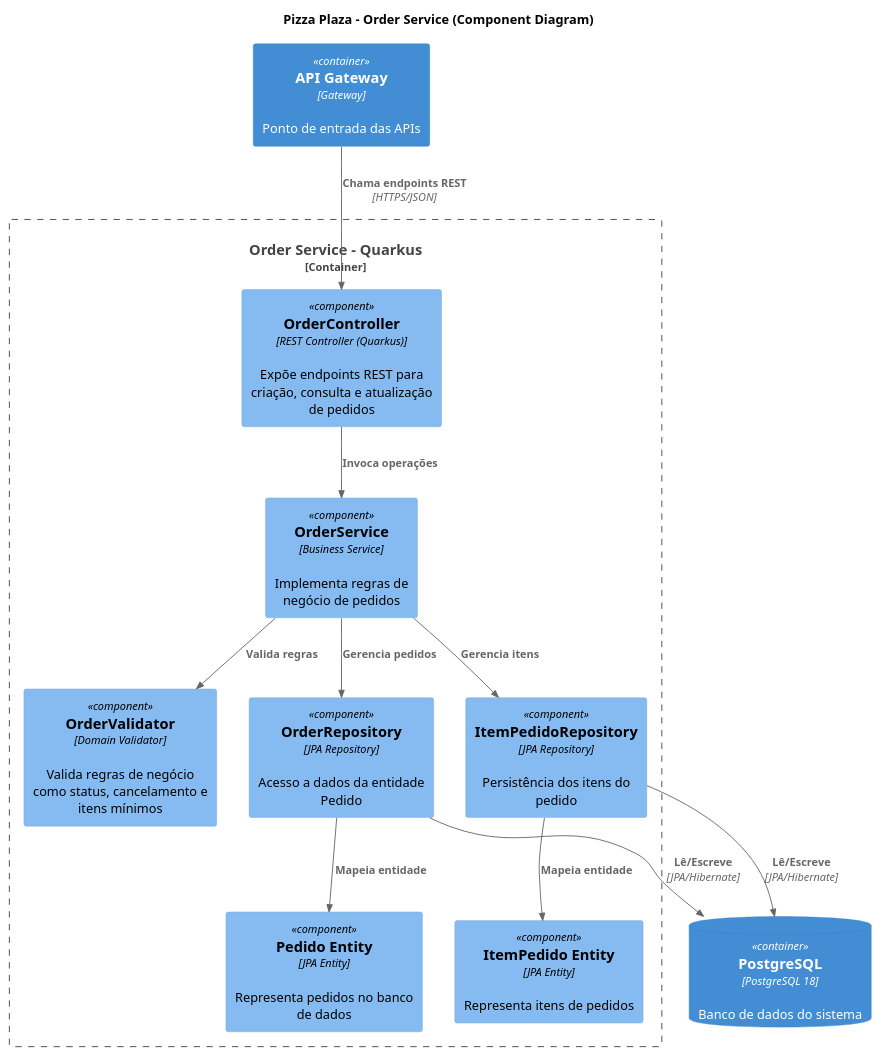
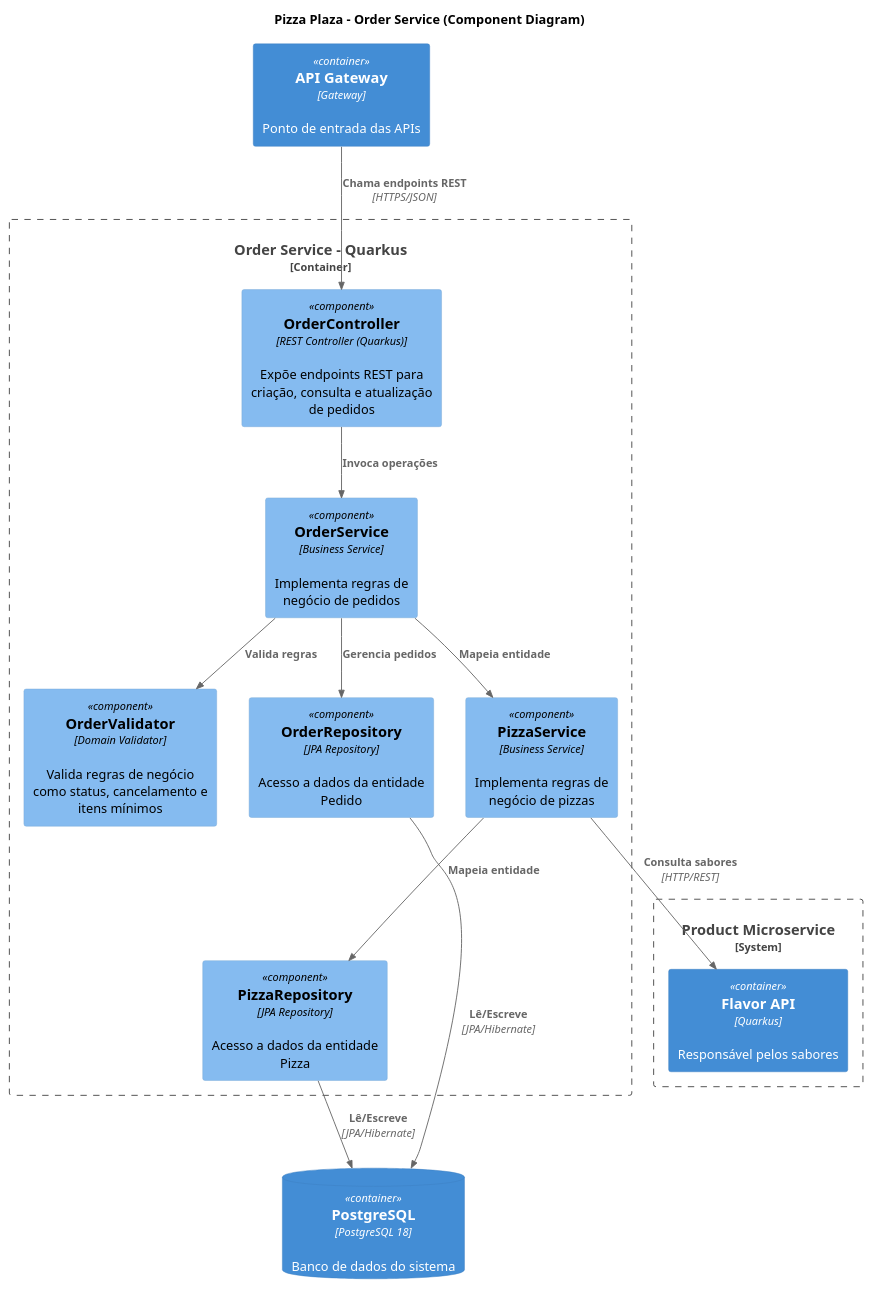
One commit to Luis-Fernando-Pereira/pizzaplaza changed the diagram in docs/c4/Components/c4_components-order_service.puml. Above: the diagram before and after it, drawn with PlantUML.

Commit message:
Atualizado documentação de micro serviço de pedidos

```diff
--- a/docs/c4/Components/c4_components-order_service.puml
+++ b/docs/c4/Components/c4_components-order_service.puml
@@ -1,43 +1,45 @@
 @startuml C4_Component_OrderService
 !include https://raw.githubusercontent.com/plantuml-stdlib/C4-PlantUML/master/C4_Component.puml
 
 title Pizza Plaza - Order Service (Component Diagram)
 
 Container(api_gateway, "API Gateway", "Gateway", "Ponto de entrada das APIs")
 
-Container_Boundary(order_service, "Order Service - Quarkus") {
+Container_Boundary(order, "Order Service - Quarkus") {
 
     Component(order_controller, "OrderController", "REST Controller (Quarkus)","Expõe endpoints REST para criação, consulta e atualização de pedidos")
 
-    Component(order_service_core, "OrderService", "Business Service","Implementa regras de negócio de pedidos")
+    Component(order_service, "OrderService", "Business Service", "Implementa regras de negócio de pedidos")
 
     Component(order_validator, "OrderValidator", "Domain Validator","Valida regras de negócio como status, cancelamento e itens mínimos")
 
     Component(order_repository, "OrderRepository", "JPA Repository","Acesso a dados da entidade Pedido")
 
-    Component(item_repository, "ItemPedidoRepository", "JPA Repository","Persistência dos itens do pedido")
+    Component(pizza_repository, "PizzaRepository", "JPA Repository","Acesso a dados da entidade Pizza")
 
-    Component(order_entity, "Pedido Entity", "JPA Entity","Representa pedidos no banco de dados")
+    Component(pizza_service, "PizzaService", "Business Service","Implementa regras de negócio de pizzas")
+}
 
-    Component(item_entity, "ItemPedido Entity", "JPA Entity","Representa itens de pedidos")
-
+System_Boundary(product_service, "Product Microservice") {
+    Container(flavor_api, "Flavor API", "Quarkus", "Responsável pelos sabores")
 }
 
 ContainerDb(database, "PostgreSQL", "PostgreSQL 18", "Banco de dados do sistema")
 
 Rel(api_gateway, order_controller, "Chama endpoints REST", "HTTPS/JSON")
 
-Rel(order_controller, order_service_core, "Invoca operações")
+Rel(order_controller, order_service, "Invoca operações")
 
-Rel(order_service_core, order_validator, "Valida regras")
+Rel(order_service, order_validator, "Valida regras")
 
-Rel(order_service_core, order_repository, "Gerencia pedidos")
-Rel(order_service_core, item_repository, "Gerencia itens")
+Rel(order_service, order_repository, "Gerencia pedidos")
 
-Rel(order_repository, order_entity, "Mapeia entidade")
-Rel(item_repository, item_entity, "Mapeia entidade")
+Rel(pizza_service, pizza_repository, "Mapeia entidade")
+Rel(order_service, pizza_service, "Mapeia entidade")
+
+Rel(pizza_service, flavor_api, "Consulta sabores", "HTTP/REST")
 
 Rel(order_repository, database, "Lê/Escreve", "JPA/Hibernate")
-Rel(item_repository, database, "Lê/Escreve", "JPA/Hibernate")
+Rel(pizza_repository, database, "Lê/Escreve", "JPA/Hibernate")
 
 @enduml
```
